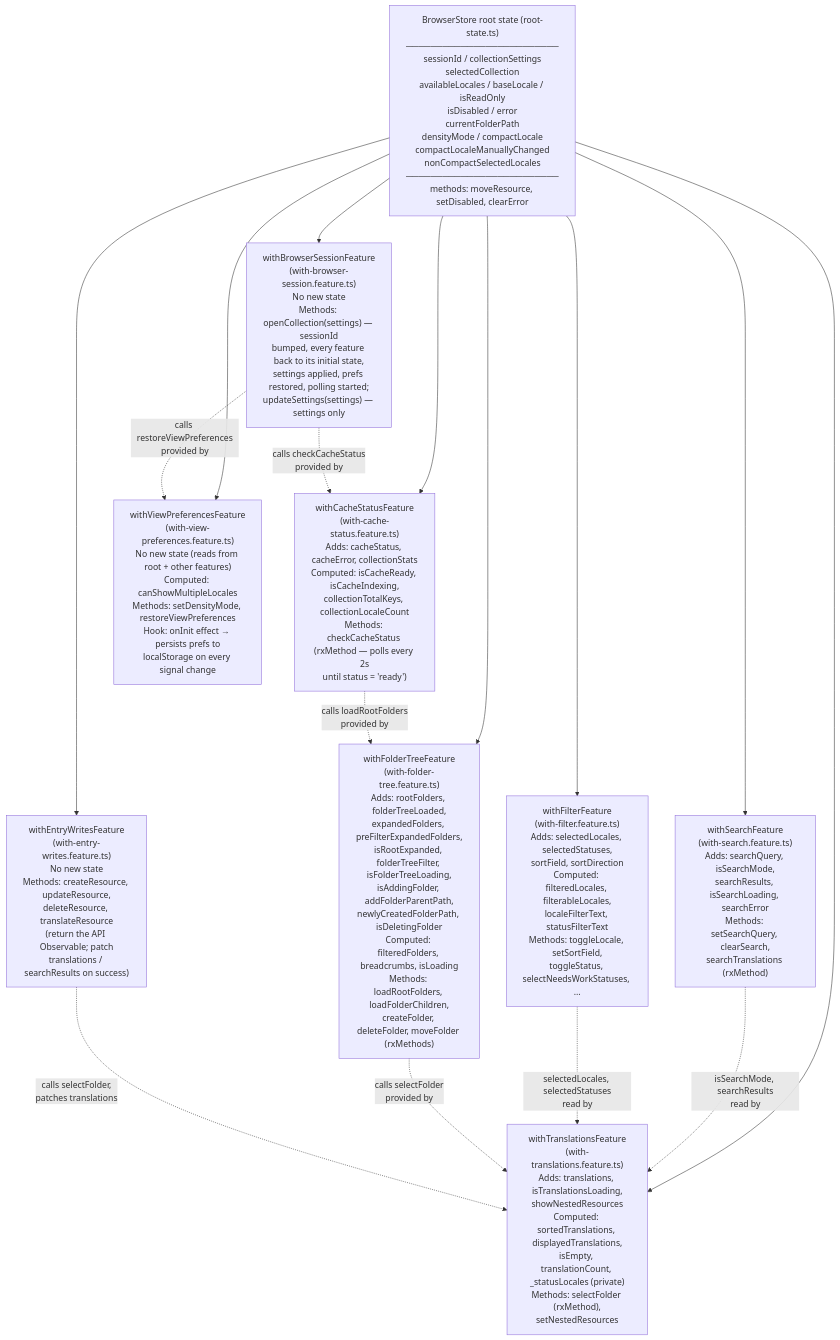
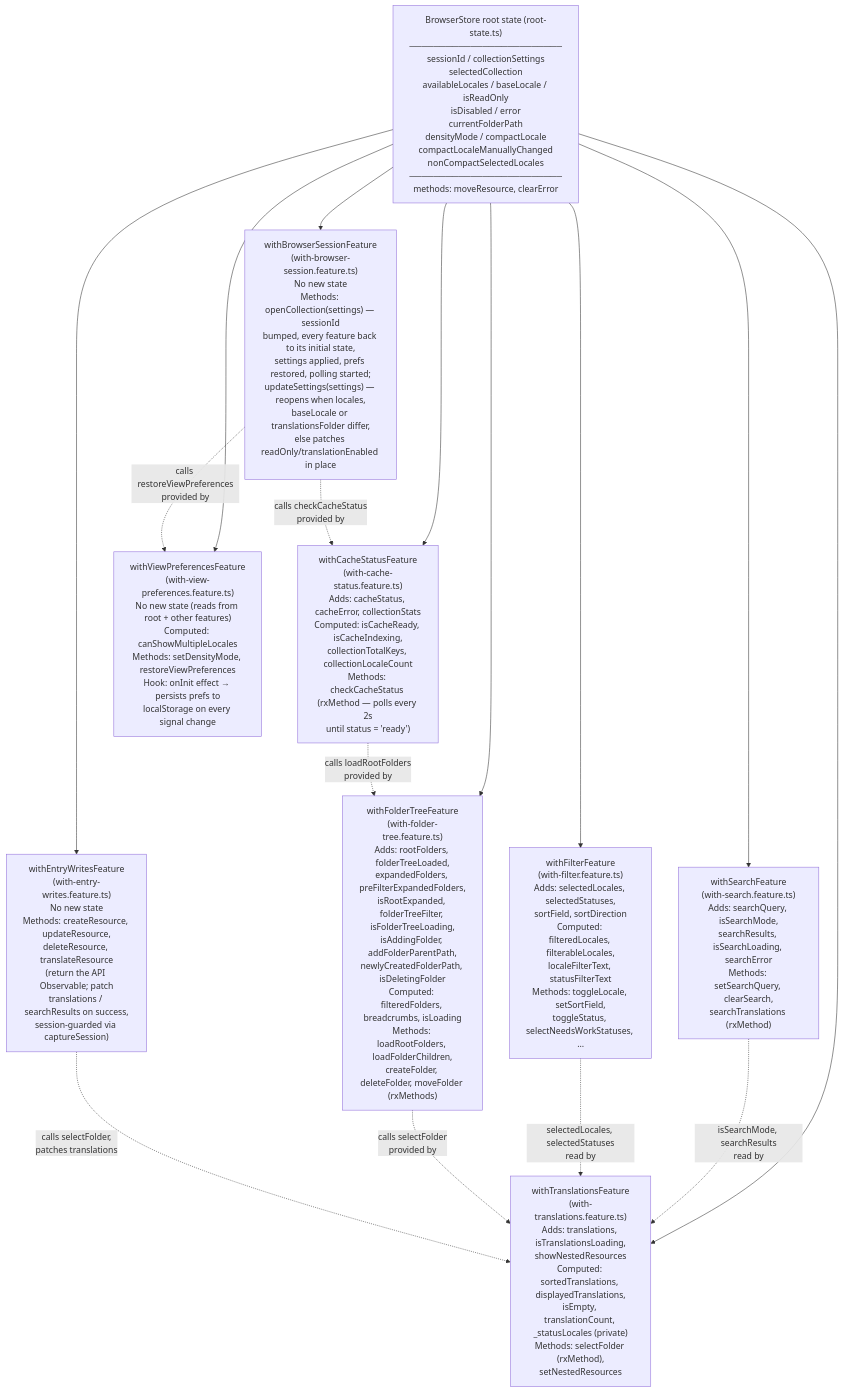
The fourth of 4 diagrams in architecture-docs/frontend.md (SimonNodel-AI/lingo-tracker), drawn with Mermaid before and after one commit. The commit also changed other lines of this file and 11 other files, not shown here.

First line of the commit message:
fix(tracker): reopen on locale or folder change and guard entry writes

````diff
--- a/architecture-docs/frontend.md
+++ b/architecture-docs/frontend.md
@@ -139,28 +139,28 @@
 ```mermaid
 flowchart TD
-    Root["BrowserStore root state (root-state.ts)\n─────────────────────────\nsessionId / collectionSettings\nselectedCollection\navailableLocales / baseLocale / isReadOnly\nisDisabled / error\ncurrentFolderPath\ndensityMode / compactLocale\ncompactLocaleManuallyChanged\nnonCompactSelectedLocales\n─────────────────────────\nmethods: moveResource, setDisabled, clearError"]
+    Root["BrowserStore root state (root-state.ts)\n─────────────────────────\nsessionId / collectionSettings\nselectedCollection\navailableLocales / baseLocale / isReadOnly\nisDisabled / error\ncurrentFolderPath\ndensityMode / compactLocale\ncompactLocaleManuallyChanged\nnonCompactSelectedLocales\n─────────────────────────\nmethods: moveResource, clearError"]
 
     Root --> WS["withSearchFeature\n(with-search.feature.ts)\nAdds: searchQuery, isSearchMode,\nsearchResults, isSearchLoading, searchError\nMethods: setSearchQuery, clearSearch,\nsearchTranslations (rxMethod)"]
 
     Root --> WF["withFilterFeature\n(with-filter.feature.ts)\nAdds: selectedLocales, selectedStatuses,\nsortField, sortDirection\nComputed: filteredLocales, filterableLocales,\nlocaleFilterText, statusFilterText\nMethods: toggleLocale, setSortField,\ntoggleStatus, selectNeedsWorkStatuses, …"]
 
     Root --> WT["withTranslationsFeature\n(with-translations.feature.ts)\nAdds: translations, isTranslationsLoading,\nshowNestedResources\nComputed: sortedTranslations, displayedTranslations,\nisEmpty, translationCount, _statusLocales (private)\nMethods: selectFolder (rxMethod),\nsetNestedResources"]
 
-    Root --> WEW["withEntryWritesFeature\n(with-entry-writes.feature.ts)\nNo new state\nMethods: createResource, updateResource,\ndeleteResource, translateResource\n(return the API Observable; patch\ntranslations / searchResults on success)"]
+    Root --> WEW["withEntryWritesFeature\n(with-entry-writes.feature.ts)\nNo new state\nMethods: createResource, updateResource,\ndeleteResource, translateResource\n(return the API Observable; patch\ntranslations / searchResults on success,\nsession-guarded via captureSession)"]
 
     Root --> WFT["withFolderTreeFeature\n(with-folder-tree.feature.ts)\nAdds: rootFolders, folderTreeLoaded,\nexpandedFolders, preFilterExpandedFolders,\nisRootExpanded, folderTreeFilter, isFolderTreeLoading,\nisAddingFolder, addFolderParentPath,\nnewlyCreatedFolderPath, isDeletingFolder\nComputed: filteredFolders, breadcrumbs, isLoading\nMethods: loadRootFolders, loadFolderChildren,\ncreateFolder, deleteFolder, moveFolder (rxMethods)"]
 
     Root --> WCS["withCacheStatusFeature\n(with-cache-status.feature.ts)\nAdds: cacheStatus, cacheError, collectionStats\nComputed: isCacheReady, isCacheIndexing,\ncollectionTotalKeys, collectionLocaleCount\nMethods: checkCacheStatus (rxMethod — polls every 2s\nuntil status = 'ready')"]
 
     Root --> WVP["withViewPreferencesFeature\n(with-view-preferences.feature.ts)\nNo new state (reads from root + other features)\nComputed: canShowMultipleLocales\nMethods: setDensityMode, restoreViewPreferences\nHook: onInit effect → persists prefs to\nlocalStorage on every signal change"]
 
-    Root --> WBS["withBrowserSessionFeature\n(with-browser-session.feature.ts)\nNo new state\nMethods: openCollection(settings) — sessionId\nbumped, every feature back to its initial state,\nsettings applied, prefs restored, polling started;\nupdateSettings(settings) — settings only"]
+    Root --> WBS["withBrowserSessionFeature\n(with-browser-session.feature.ts)\nNo new state\nMethods: openCollection(settings) — sessionId\nbumped, every feature back to its initial state,\nsettings applied, prefs restored, polling started;\nupdateSettings(settings) — reopens when locales,\nbaseLocale or translationsFolder differ,\nelse patches readOnly/translationEnabled in place"]
 
     WS -.->|"isSearchMode, searchResults\nread by"| WT
     WBS -.->|"calls restoreViewPreferences\nprovided by"| WVP
     WBS -.->|"calls checkCacheStatus\nprovided by"| WCS
     WF -.->|"selectedLocales, selectedStatuses\nread by"| WT
     WFT -.->|"calls selectFolder\nprovided by"| WT
     WEW -.->|"calls selectFolder,\npatches translations"| WT
     WCS -.->|"calls loadRootFolders\nprovided by"| WFT
 ```
````
